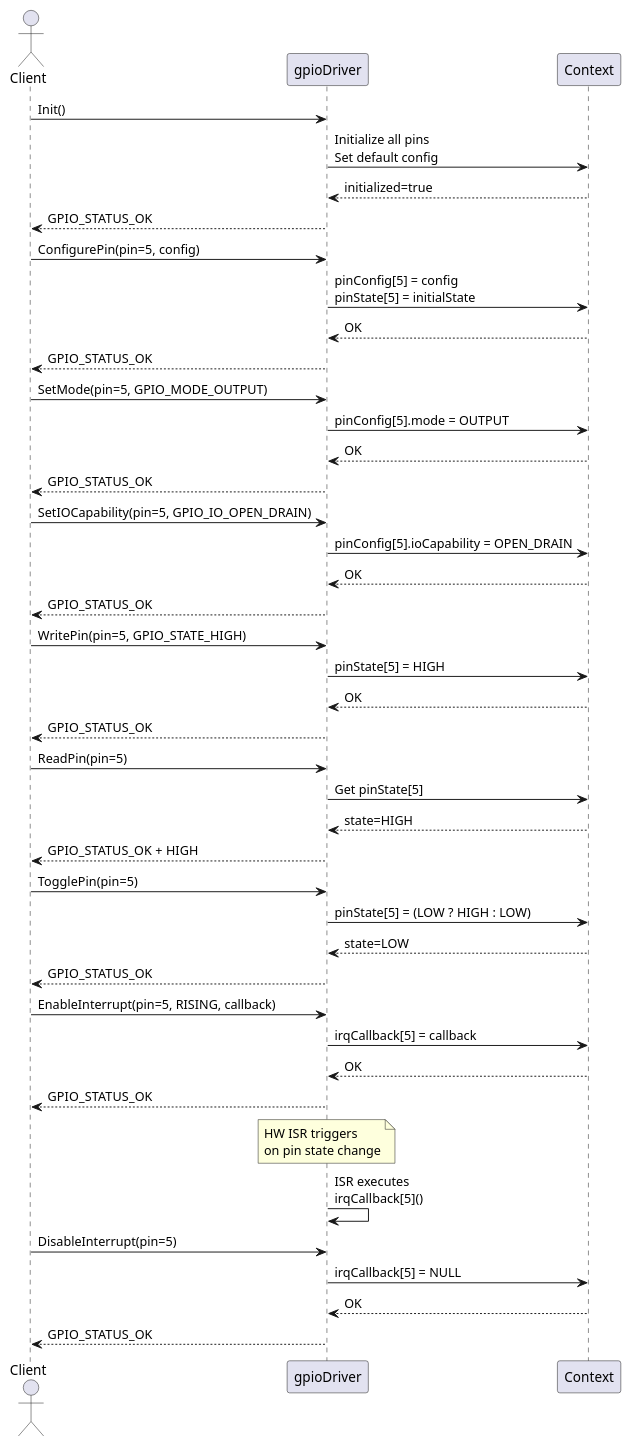
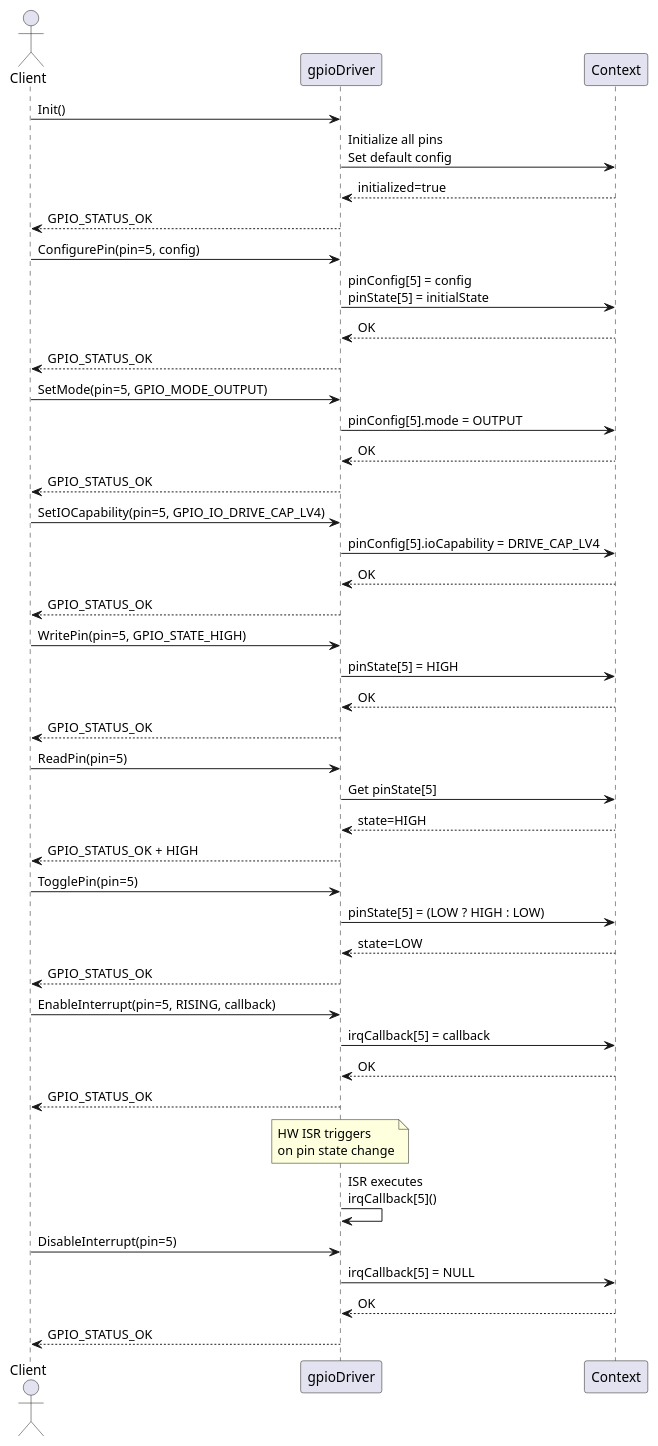
One commit to LinhTrucVo/Bico_Protocol_Bridge changed the diagram in 3_swComp/layer1Driver/gpioDriver/2_design/gpioDriverSequenceDiagram.puml. Above: the diagram before and after it, drawn with PlantUML. The commit also changed 4 other files, not shown here.

```diff
--- a/3_swComp/layer1Driver/gpioDriver/2_design/gpioDriverSequenceDiagram.puml
+++ b/3_swComp/layer1Driver/gpioDriver/2_design/gpioDriverSequenceDiagram.puml
@@ -1,53 +1,53 @@
 @startuml gpioDriverSequenceDiagram
 actor Client
 participant "gpioDriver" as gpio
 participant "Context" as ctx
 
 Client -> gpio : Init()
 gpio -> ctx : Initialize all pins\nSet default config
 ctx --> gpio : initialized=true
 gpio --> Client : GPIO_STATUS_OK
 
 Client -> gpio : ConfigurePin(pin=5, config)
 gpio -> ctx : pinConfig[5] = config\npinState[5] = initialState
 ctx --> gpio : OK
 gpio --> Client : GPIO_STATUS_OK
 
 Client -> gpio : SetMode(pin=5, GPIO_MODE_OUTPUT)
 gpio -> ctx : pinConfig[5].mode = OUTPUT
 ctx --> gpio : OK
 gpio --> Client : GPIO_STATUS_OK
 
-Client -> gpio : SetIOCapability(pin=5, GPIO_IO_OPEN_DRAIN)
-gpio -> ctx : pinConfig[5].ioCapability = OPEN_DRAIN
+Client -> gpio : SetIOCapability(pin=5, GPIO_IO_DRIVE_CAP_LV4)
+gpio -> ctx : pinConfig[5].ioCapability = DRIVE_CAP_LV4
 ctx --> gpio : OK
 gpio --> Client : GPIO_STATUS_OK
 
 Client -> gpio : WritePin(pin=5, GPIO_STATE_HIGH)
 gpio -> ctx : pinState[5] = HIGH
 ctx --> gpio : OK
 gpio --> Client : GPIO_STATUS_OK
 
 Client -> gpio : ReadPin(pin=5)
 gpio -> ctx : Get pinState[5]
 ctx --> gpio : state=HIGH
 gpio --> Client : GPIO_STATUS_OK + HIGH
 
 Client -> gpio : TogglePin(pin=5)
 gpio -> ctx : pinState[5] = (LOW ? HIGH : LOW)
 ctx --> gpio : state=LOW
 gpio --> Client : GPIO_STATUS_OK
 
 Client -> gpio : EnableInterrupt(pin=5, RISING, callback)
 gpio -> ctx : irqCallback[5] = callback
 ctx --> gpio : OK
 gpio --> Client : GPIO_STATUS_OK
 
 note over gpio : HW ISR triggers\non pin state change
 gpio -> gpio : ISR executes\nirqCallback[5]()
 
 Client -> gpio : DisableInterrupt(pin=5)
 gpio -> ctx : irqCallback[5] = NULL
 ctx --> gpio : OK
 gpio --> Client : GPIO_STATUS_OK
 @enduml
```
